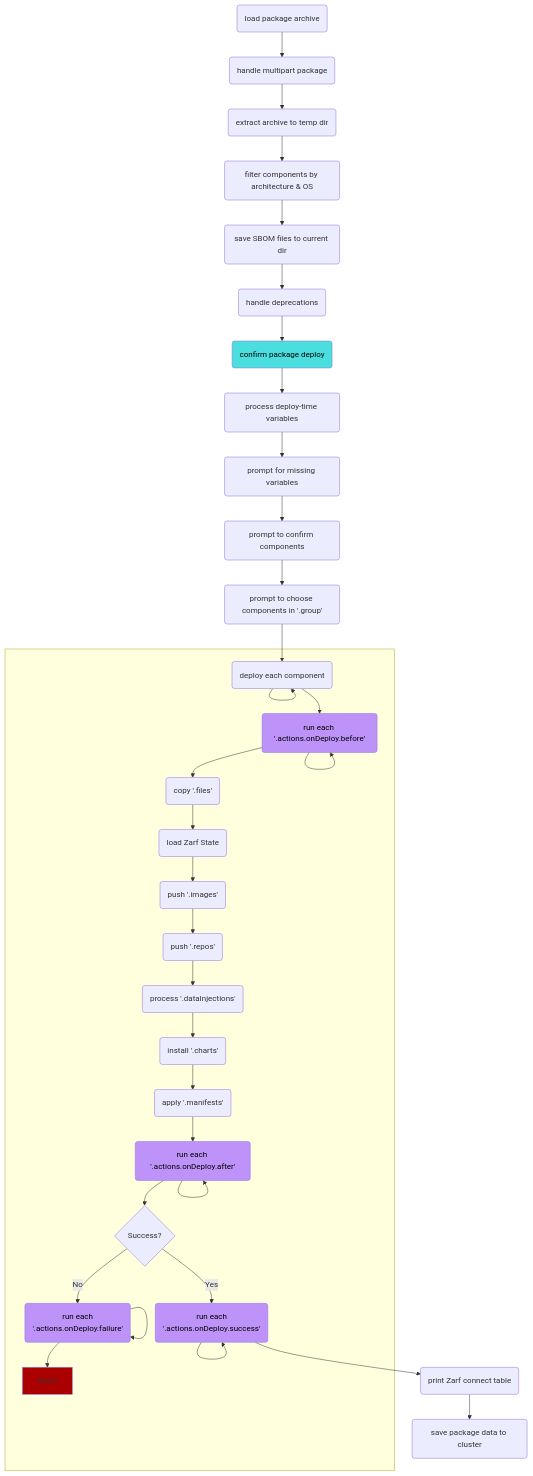
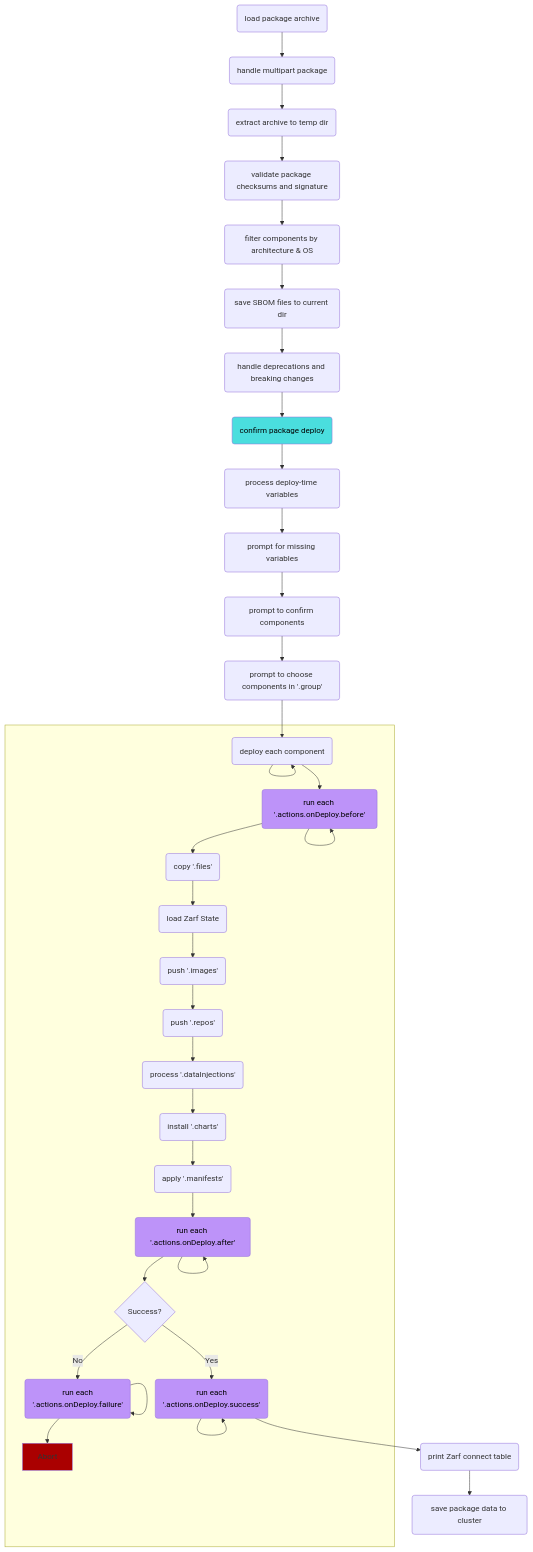
The second of 2 diagrams in docs/4-user-guide/4-package-command-lifecycle.md (zarf-dev/zarf), drawn with Mermaid before and after one commit. The commit also changed other lines of this file and 2 other files, not shown here.

Commit message:
Update the init package page with more information

````diff
--- a/docs/4-user-guide/4-package-command-lifecycle.md
+++ b/docs/4-user-guide/4-package-command-lifecycle.md
@@ -59,40 +60,41 @@
 ```mermaid
 graph TD
     B1(load package archive)-->B2
     B2(handle multipart package)-->B3
     B3(extract archive to temp dir)-->B4
-    B4(filter components by architecture & OS)-->B5
-    B5(save SBOM files to current dir)-->B6
-    B6(handle deprecations)-->B9
+    B4(validate package checksums and signature)-->B5
+    B5(filter components by architecture & OS)-->B6
+    B6(save SBOM files to current dir)-->B7
+    B7(handle deprecations and breaking changes)-->B9
     B9(confirm package deploy):::prompt-->B10
     B10(process deploy-time variables)-->B11
     B11(prompt for missing variables)-->B12
     B12(prompt to confirm components)-->B13
     B13(prompt to choose components in '.group')-->B14
 
     subgraph  
     B14(deploy each component)-->B14
     B14 --> B15(run each '.actions.onDeploy.before'):::action-->B15
     B15 --> B16(copy '.files')-->B17
     B17(load Zarf State)-->B18
     B18(push '.images')-->B19
     B19(push '.repos')-->B20
     B20(process '.dataInjections')-->B21
     B21(install '.charts')-->B22
     B22(apply '.manifests')-->B23
     B23(run each '.actions.onDeploy.after'):::action-->B23
     B23-->B24{Success?}
     B24-->|Yes|B25(run each\n'.actions.onDeploy.success'):::action-->B25
     B24-->|No|B26(run each\n'.actions.onDeploy.failure'):::action-->B26-->B999
 
     B999[Abort]:::fail
     end
 
     B25-->B27(print Zarf connect table)
     B27-->B28(save package data to cluster)
 
 
     classDef prompt fill:#4adede,color:#000000
     classDef action fill:#bd93f9,color:#000000
     classDef fail fill:#aa0000
 ```
````
